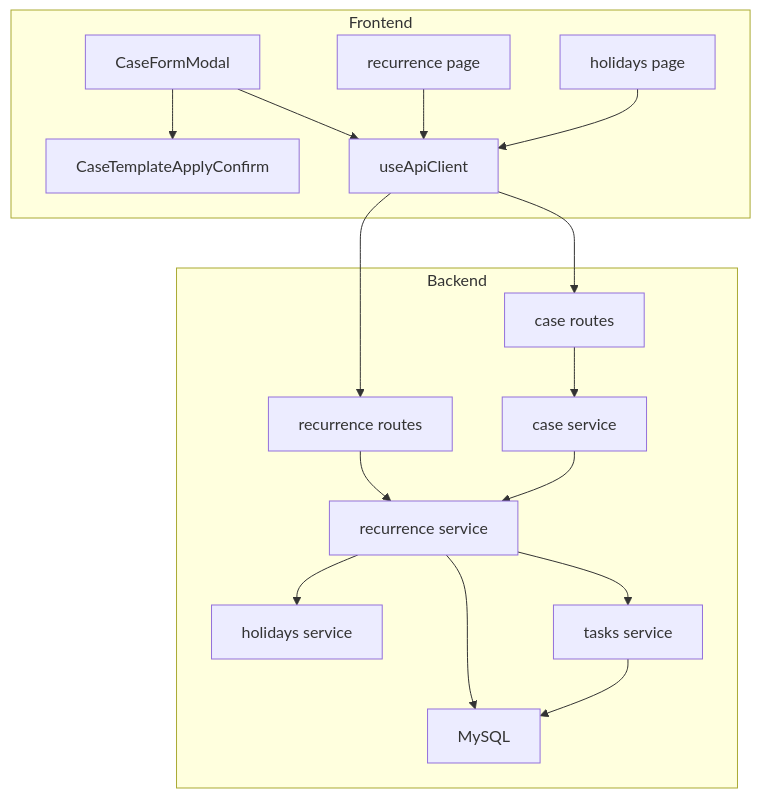
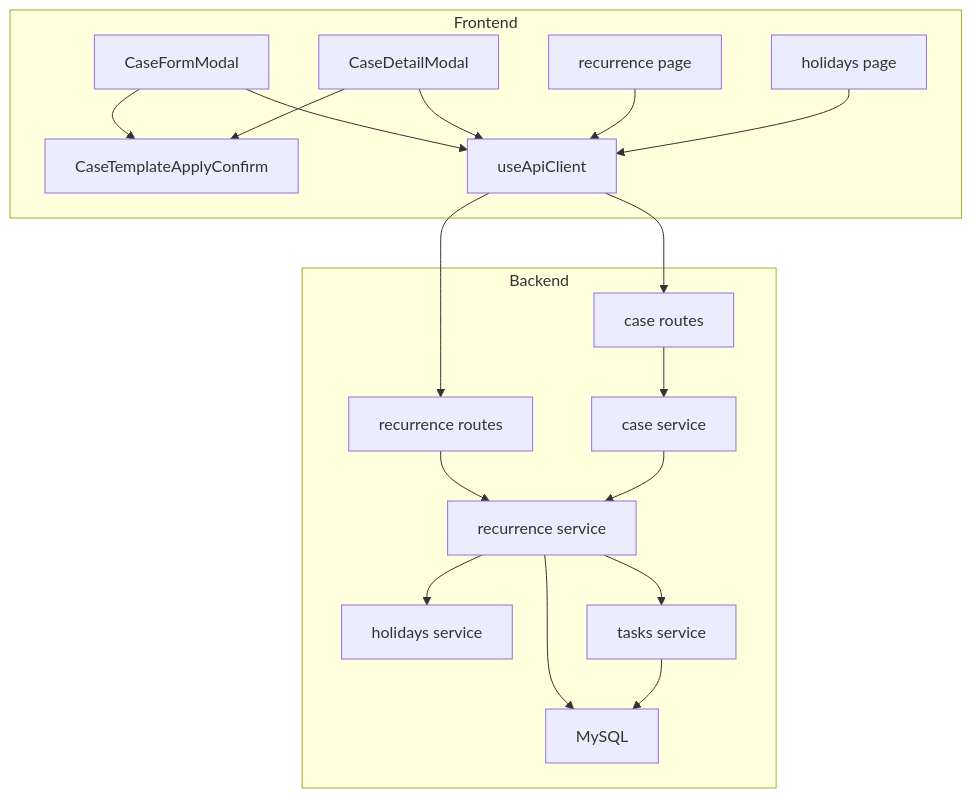
The first of 3 diagrams in .kiro/specs/recurrence-holidays-ux/design.md (karasaki-wasabi/project-task-management), drawn with Mermaid before and after one commit. The commit also changed other lines of this file and 4 other files, not shown here.

````diff
--- a/.kiro/specs/recurrence-holidays-ux/design.md
+++ b/.kiro/specs/recurrence-holidays-ux/design.md
@@ -62,34 +64,37 @@
 ```mermaid
 graph TB
     subgraph Frontend
         CaseForm[CaseFormModal]
+        CaseDetail[CaseDetailModal]
         ApplyConfirm[CaseTemplateApplyConfirm]
         RecurrencePage[recurrence page]
         HolidaysPage[holidays page]
         ApiClient[useApiClient]
     end
 
     subgraph Backend
         CaseRoutes[case routes]
         CaseService[case service]
         RecurrenceRoutes[recurrence routes]
         RecurrenceService[recurrence service]
         HolidaysService[holidays service]
         TasksService[tasks service]
         DB[MySQL]
     end
 
     CaseForm --> ApplyConfirm
+    CaseDetail --> ApplyConfirm
     CaseForm --> ApiClient
+    CaseDetail --> ApiClient
     RecurrencePage --> ApiClient
     HolidaysPage --> ApiClient
     ApiClient --> CaseRoutes
     ApiClient --> RecurrenceRoutes
     CaseRoutes --> CaseService
     RecurrenceRoutes --> RecurrenceService
     CaseService --> RecurrenceService
     RecurrenceService --> HolidaysService
     RecurrenceService --> TasksService
     RecurrenceService --> DB
     TasksService --> DB
 ```
````
